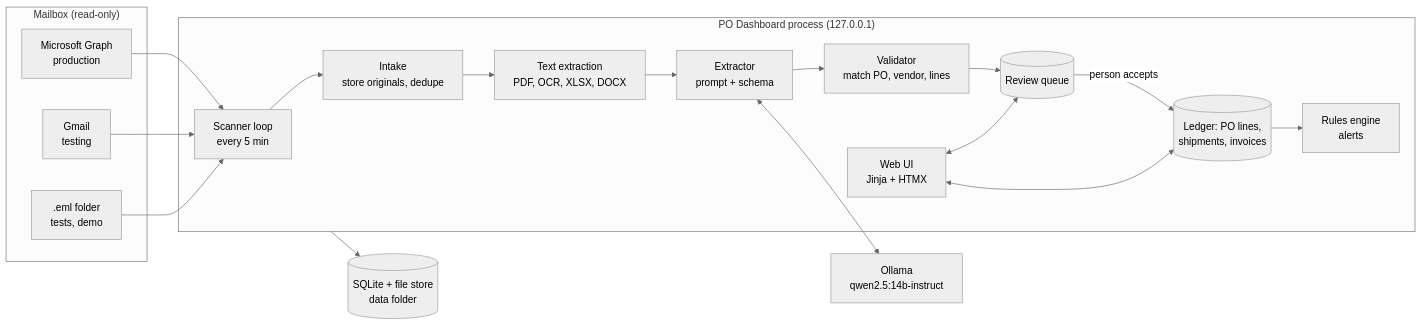
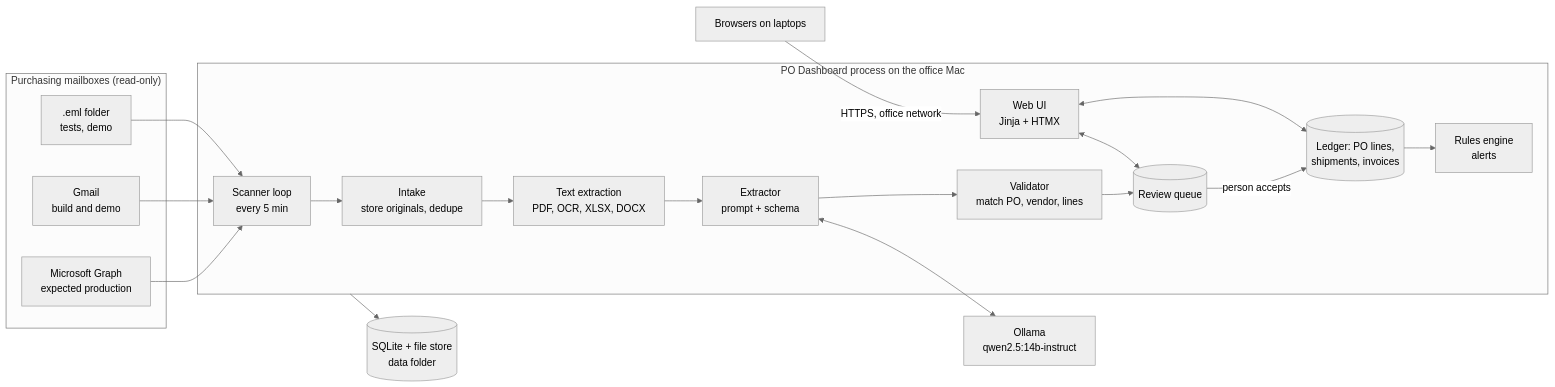
One commit to pandaspace83/po-dashboard changed the diagram in docs/ARCHITECTURE.md. Above: the diagram before and after it, drawn with Mermaid (neutral theme). The commit also changed other lines of this file and 30 other files, not shown here.

````diff
--- a/docs/ARCHITECTURE.md
+++ b/docs/ARCHITECTURE.md
@@ -25,23 +28,24 @@
 ```mermaid
 flowchart LR
-  subgraph Mailbox["Mailbox (read-only)"]
-    G[Microsoft Graph<br/>production]
-    M[Gmail<br/>testing]
+  subgraph Mailbox["Purchasing mailboxes (read-only)"]
+    G[Microsoft Graph<br/>expected production]
+    M[Gmail<br/>build and demo]
     F[.eml folder<br/>tests, demo]
   end
-  subgraph App["PO Dashboard process (127.0.0.1)"]
+  subgraph App["PO Dashboard process on the office Mac"]
     S[Scanner loop<br/>every 5 min] --> I[Intake<br/>store originals, dedupe]
     I --> T[Text extraction<br/>PDF, OCR, XLSX, DOCX]
     T --> X[Extractor<br/>prompt + schema]
     X --> V[Validator<br/>match PO, vendor, lines]
     V --> Q[(Review queue)]
     Q -->|person accepts| L[(Ledger: PO lines,<br/>shipments, invoices)]
     L --> R[Rules engine<br/>alerts]
     UI[Web UI<br/>Jinja + HTMX] <--> L
     UI <--> Q
   end
   O[Ollama<br/>qwen2.5:14b-instruct]
   G & M & F --> S
   X <--> O
   App --> D[(SQLite + file store<br/>data folder)]
+  B[Browsers on laptops] -->|HTTPS, office network| UI
 ```
````
